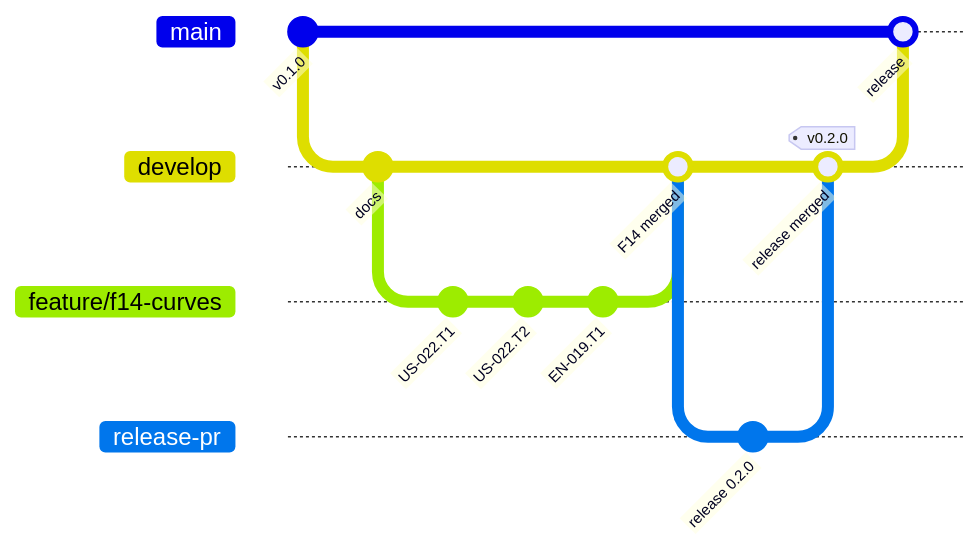
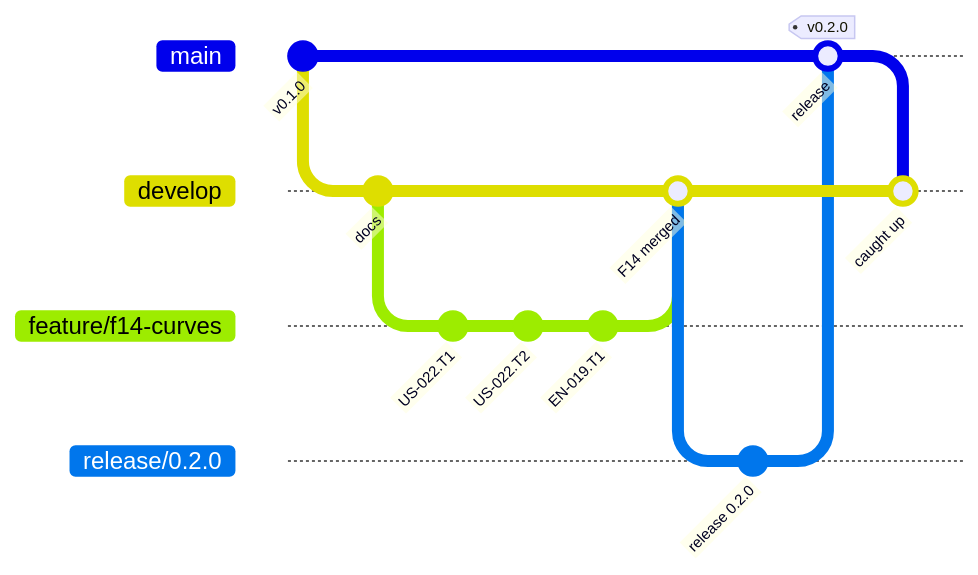
One commit to AlexandreGallais/synoptic-studio changed the diagram in docs/tooling/git-workflow.md. Above: the diagram before and after it, drawn with Mermaid. The commit also changed other lines of this file and 24 other files, not shown here.

````diff
--- a/docs/tooling/git-workflow.md
+++ b/docs/tooling/git-workflow.md
@@ -20,21 +21,21 @@
 ```mermaid
 gitGraph
   commit id: "v0.1.0"
   branch develop
   checkout develop
   commit id: "docs"
   branch feature/f14-curves
   checkout feature/f14-curves
   commit id: "US-022.T1"
   commit id: "US-022.T2"
   commit id: "EN-019.T1"
   checkout develop
   merge feature/f14-curves id: "F14 merged"
-  branch release-pr
-  checkout release-pr
+  branch release/0.2.0
+  checkout release/0.2.0
   commit id: "release 0.2.0"
+  checkout main
+  merge release/0.2.0 id: "release" tag: "v0.2.0"
   checkout develop
-  merge release-pr id: "release merged" tag: "v0.2.0"
-  checkout main
-  merge develop id: "release"
+  merge main id: "caught up"
 ```
````
